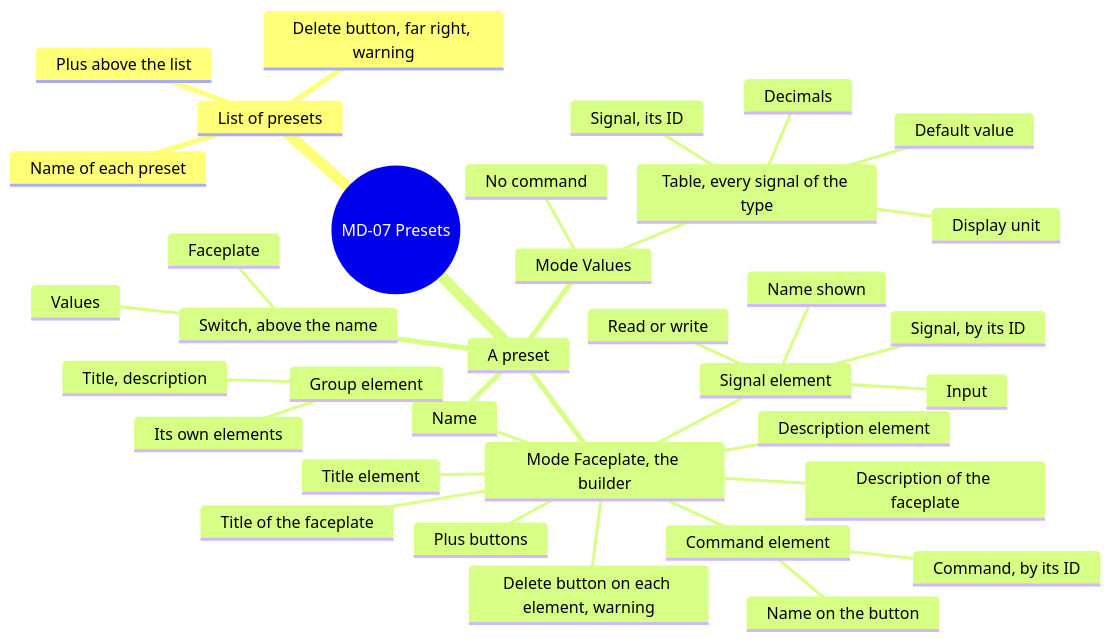
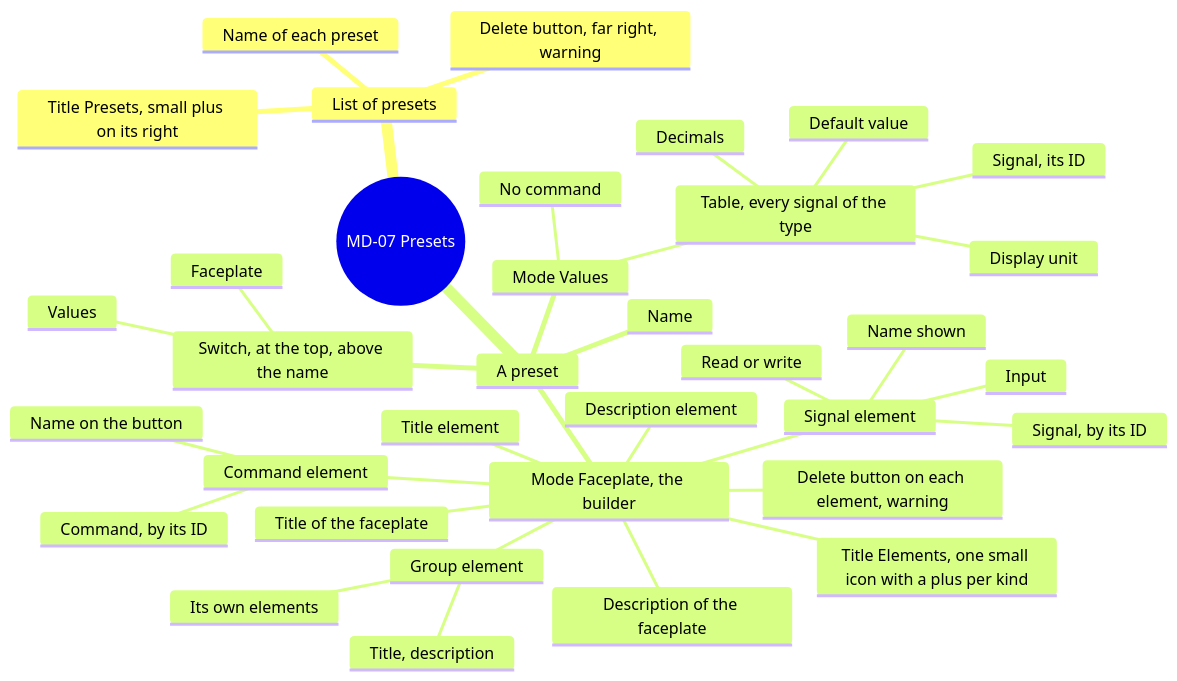
One commit to AlexandreGallais/synoptic-studio-spec changed diagram 11 of 15 in screens/metadata.md. Above: the diagram before and after it, drawn with Mermaid. The commit also changed other lines of this file and 12 other files, not shown here.

````diff
--- a/screens/metadata.md
+++ b/screens/metadata.md
@@ -342,38 +324,38 @@
 ```mermaid
 mindmap
   root((MD-07 Presets))
     List of presets
-      Plus above the list
+      Title Presets, small plus on its right
       Name of each preset
       Delete button, far right, warning
     A preset
-      Switch, above the name
+      Switch, at the top, above the name
         Values
         Faceplate
       Name
       Mode Values
         Table, every signal of the type
           Signal, its ID
           Display unit
           Decimals
           Default value
         No command
       Mode Faceplate, the builder
         Title of the faceplate
         Description of the faceplate
-        Plus buttons
+        Title Elements, one small icon with a plus per kind
         Signal element
           Signal, by its ID
           Name shown
           Input
           Read or write
         Command element
           Command, by its ID
           Name on the button
         Title element
         Description element
         Group element
           Title, description
           Its own elements
         Delete button on each element, warning
 ```
````
